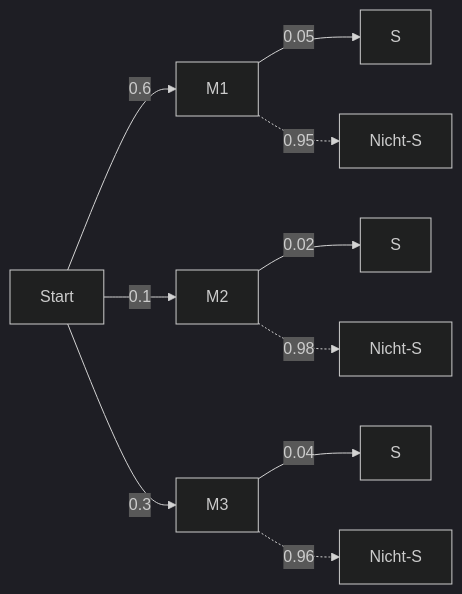
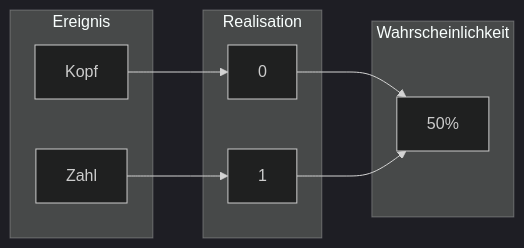
One commit to sebastiansauer/start-bayes changed the second of 2 diagrams in 0300-Wskt.qmd. Above: the diagram before and after it, drawn with Mermaid (dark theme). The commit also changed other lines of this file and 48 other files, not shown here.

````diff
--- a/0300-Wskt.qmd
+++ b/0300-Wskt.qmd
@@ -2069,14 +798,21 @@
 ```{mermaid}
-%%| fig-cap: Totale Wahrscheinlichkeit
-%%| label: fig-tot-wskt
+%%| fig-cap: Eine Zufallsvariable ist eine Abbildung eines Ereignisses im Ereignisraum zu den Realisationen der Zufallsvariable. Außerdem sieht man, wie diskrete Wahrscheinlichkeitsfunktionen genutzt werden, um den numerischen Ausgängen eines Zufallsexperiments eine Wahrscheinlichkeit zuzuordnen, d.h. um Wahrscheinlichkeiten zu bestimmen.
+%%| label: fig-zv
 flowchart LR
-  A[Start] -->|0.6|B[M1]
-  A -->|0.1|C[M2]
-  A -->|0.3|D[M3]
-  B -->|0.05|E[S]
-  B -.->|0.95|F[Nicht-S]
-  C -->|0.02|G[S]
-  C -.->|0.98|H[Nicht-S]
-  D -->|0.04|I[S]
-  D -.->|0.96|J[Nicht-S]
+  subgraph A[Ereignis]
+    Kopf
+    Zahl
+  end
+  subgraph B[Realisation]
+    null[0]
+    eins[1]
+  end
+  subgraph C[Wahrscheinlichkeit]
+    half[50%]
+  end
+  
+  Kopf --> null
+  Zahl --> eins
+  null --> half
+  eins --> half
 ```
````
